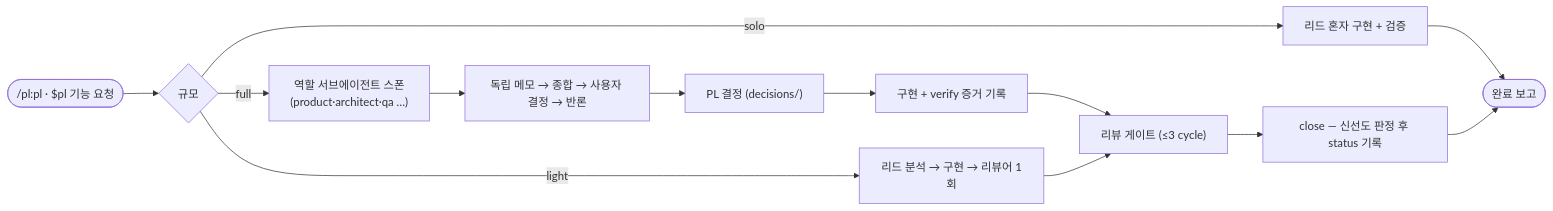
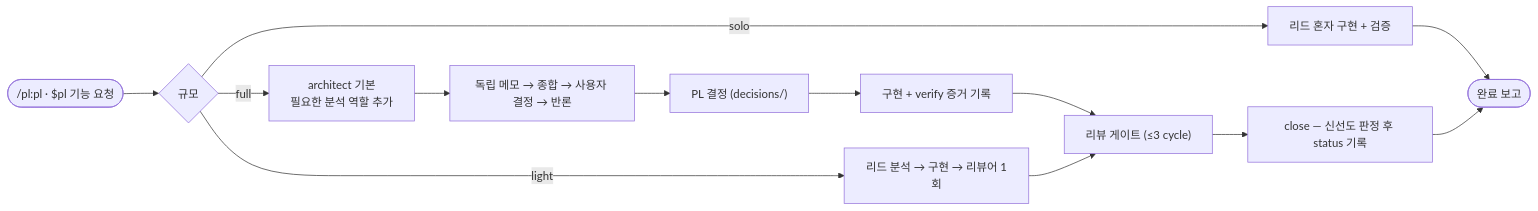
The diagram in plugins/pl/README.md (zz1996zz/agent-plugins), drawn with Mermaid before and after one commit. The commit also changed other lines of this file and 12 other files, not shown here.

````diff
--- a/plugins/pl/README.md
+++ b/plugins/pl/README.md
@@ -21,15 +21,15 @@
 ```mermaid
 flowchart LR
     A(["/pl:pl · $pl 기능 요청"]) --> B{"규모"}
     B -->|"solo"| C["리드 혼자 구현 + 검증"]
     B -->|"light"| D["리드 분석 → 구현 → 리뷰어 1회"]
-    B -->|"full"| E["역할 서브에이전트 스폰<br/>(product·architect·qa …)"]
+    B -->|"full"| E["architect 기본<br/>필요한 분석 역할 추가"]
     E --> F["독립 메모 → 종합 → 사용자 결정 → 반론"]
     F --> G["PL 결정 (decisions/)"]
     G --> H["구현 + verify 증거 기록"]
     H --> I["리뷰 게이트 (≤3 cycle)"]
     D --> I
     I --> J["close — 신선도 판정 후 status 기록"]
     C --> K([완료 보고])
     J --> K
 ```
````
